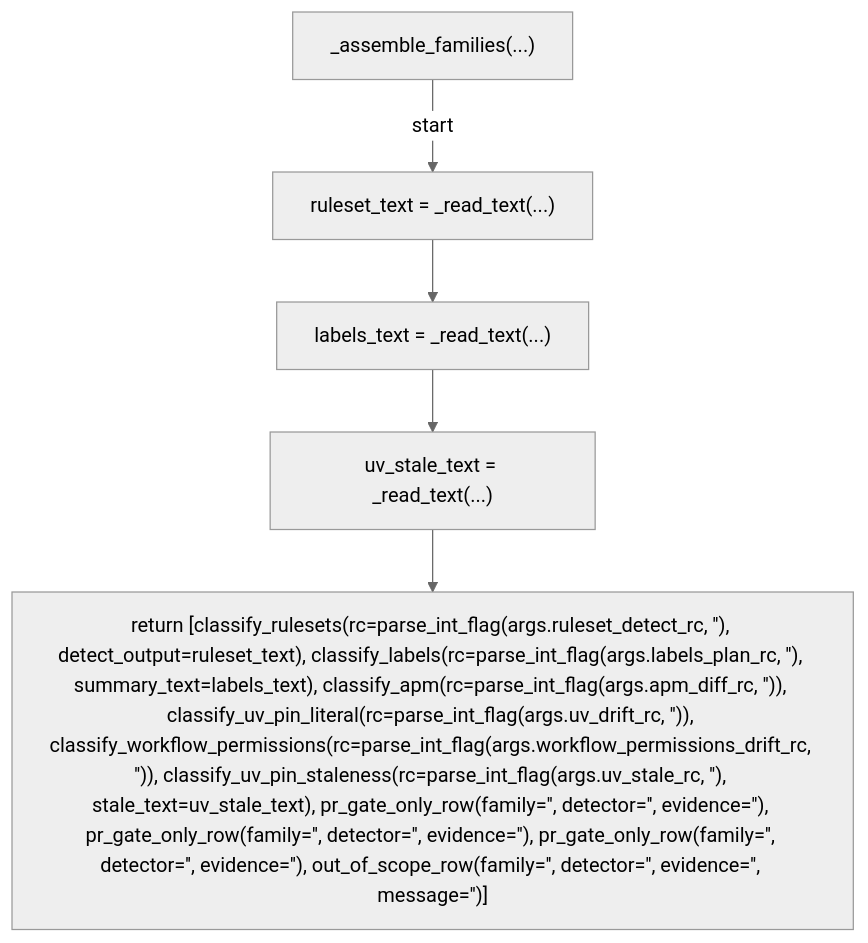
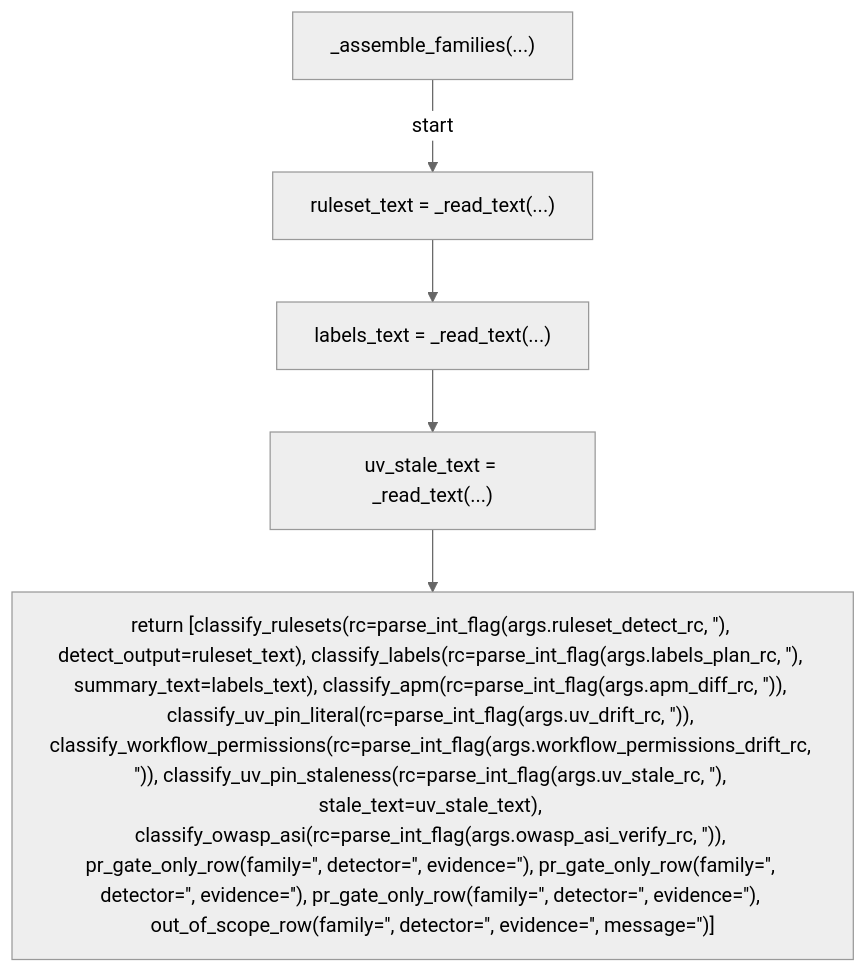
One commit to tvna/claude-md changed diagram 26 of 31 in docs/generated/scripts/ast/security_drift_report.md. Above: the diagram before and after it, drawn with Mermaid (neutral theme). The commit also changed other lines of this file and 4 other files, not shown here.

First line of the commit message:
docs(generated): regenerate decision tree and workflow diagrams

````diff
--- a/docs/generated/scripts/ast/security_drift_report.md
+++ b/docs/generated/scripts/ast/security_drift_report.md
@@ -359,12 +382,12 @@
 ```mermaid
 flowchart TD
     N001["_assemble_families(...)"]
     N002["ruleset_text = _read_text(...)"]
     N003["labels_text = _read_text(...)"]
     N004["uv_stale_text = _read_text(...)"]
-    N005["return [classify_rulesets(rc=parse_int_flag(args.ruleset_detect_rc, '<str>'), detect_output=ruleset_text), classify_labels(rc=parse_int_flag(args.labels_plan_rc, '<str>'), summary_text=labels_text), classify_apm(rc=parse_int_flag(args.apm_diff_rc, '<str>')), classify_uv_pin_literal(rc=parse_int_flag(args.uv_drift_rc, '<str>')), classify_workflow_permissions(rc=parse_int_flag(args.workflow_permissions_drift_rc, '<str>')), classify_uv_pin_staleness(rc=parse_int_flag(args.uv_stale_rc, '<str>'), stale_text=uv_stale_text), pr_gate_only_row(family='<str>', detector='<str>', evidence='<str>'), pr_gate_only_row(family='<str>', detector='<str>', evidence='<str>'), pr_gate_only_row(family='<str>', detector='<str>', evidence='<str>'), out_of_scope_row(family='<str>', detector='<str>', evidence='<str>', message='<str>')]"]
+    N005["return [classify_rulesets(rc=parse_int_flag(args.ruleset_detect_rc, '<str>'), detect_output=ruleset_text), classify_labels(rc=parse_int_flag(args.labels_plan_rc, '<str>'), summary_text=labels_text), classify_apm(rc=parse_int_flag(args.apm_diff_rc, '<str>')), classify_uv_pin_literal(rc=parse_int_flag(args.uv_drift_rc, '<str>')), classify_workflow_permissions(rc=parse_int_flag(args.workflow_permissions_drift_rc, '<str>')), classify_uv_pin_staleness(rc=parse_int_flag(args.uv_stale_rc, '<str>'), stale_text=uv_stale_text), classify_owasp_asi(rc=parse_int_flag(args.owasp_asi_verify_rc, '<str>')), pr_gate_only_row(family='<str>', detector='<str>', evidence='<str>'), pr_gate_only_row(family='<str>', detector='<str>', evidence='<str>'), pr_gate_only_row(family='<str>', detector='<str>', evidence='<str>'), out_of_scope_row(family='<str>', detector='<str>', evidence='<str>', message='<str>')]"]
     N001 -->|"start"| N002
     N002 --> N003
     N003 --> N004
     N004 --> N005
 ```
````
